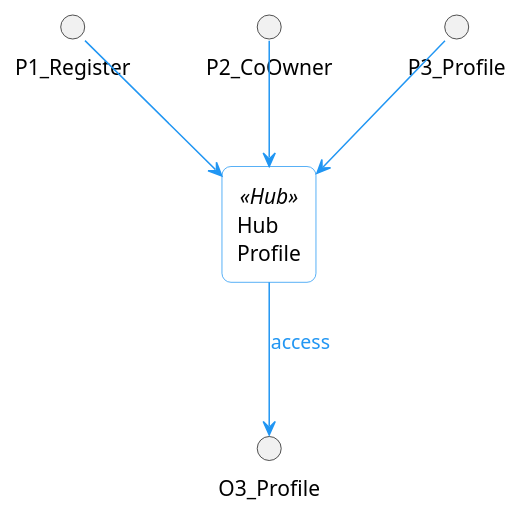
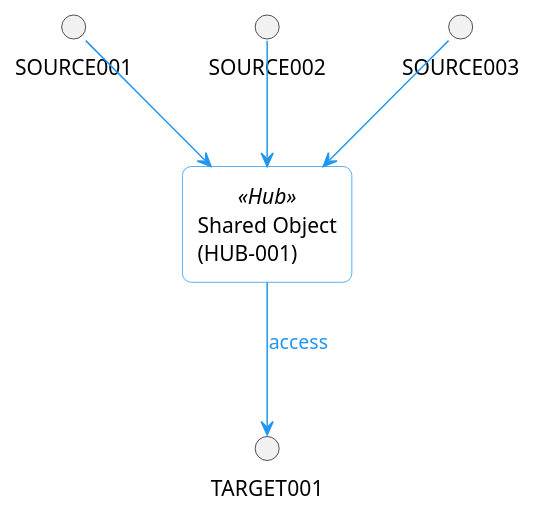
One commit to Druk83/sdd-template changed the sixth of 7 diagrams in .requirements/архитектура/диаграммы ArchiMate.md. Above: the diagram before and after it, drawn with PlantUML. The commit also changed other lines of this file and 22 other files, not shown here.

````diff
--- a/.requirements/архитектура/диаграммы ArchiMate.md
+++ b/.requirements/архитектура/диаграммы ArchiMate.md
@@ -167,19 +176,19 @@
 ```plantuml
 skinparam rectangle<<Hub>> {
     BackgroundColor #FFFFFF
     BorderColor #2196F3
     RoundCorner 12
     MinimumWidth 30
     MinimumHeight 18
 }
 
-rectangle "Hub\nProfile" as J_Profile <<Hub>>
+rectangle "Shared Object\n(HUB-001)" as HUB001 <<Hub>>
 
-' Много процессов обращаются к профилю
-P1_Register -[#2196F3]-> J_Profile
-P2_CoOwner -[#2196F3]-> J_Profile
-P3_Profile -[#2196F3]-> J_Profile
+' Несколько элементов обращаются к одному объекту
+SOURCE001 -[#2196F3]-> HUB001
+SOURCE002 -[#2196F3]-> HUB001
+SOURCE003 -[#2196F3]-> HUB001
 
-' Один Hub -> объект
-J_Profile -[#2196F3]-> O3_Profile : <color:#2196F3>access</color>
+' Hub связан с целевым объектом
+HUB001 -[#2196F3]-> TARGET001 : <color:#2196F3>access</color>
 ```
````
